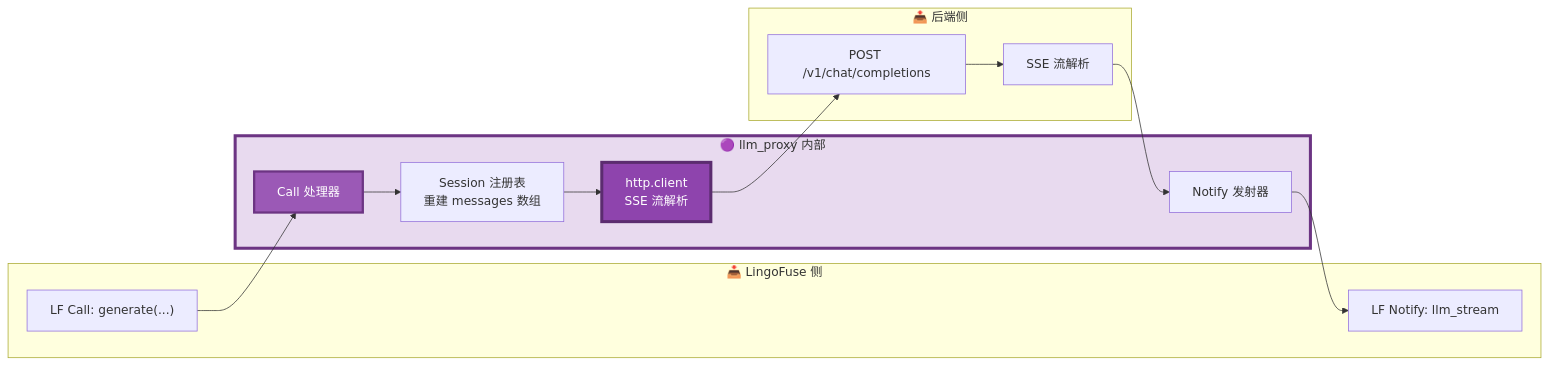
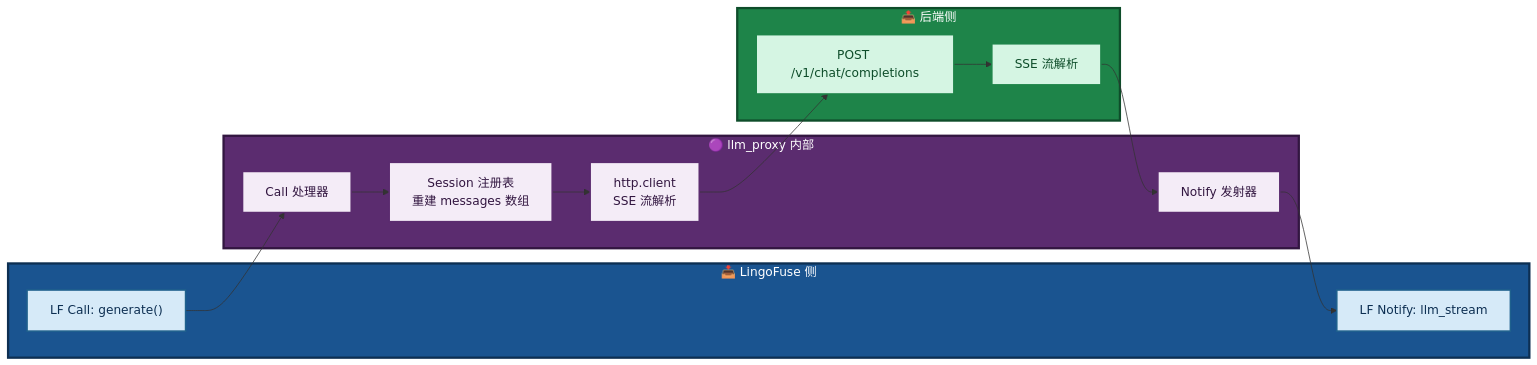
One commit to PassByYou888/LingoFuse-pasAgent changed diagram 11 of 28 in src/llm-service/LingoFuse_LLM_Ecosystem_User_Guide.md. Above: the diagram before and after it, drawn with Mermaid. The commit also changed other lines of this file, not shown here.

````diff
--- a/src/llm-service/LingoFuse_LLM_Ecosystem_User_Guide.md
+++ b/src/llm-service/LingoFuse_LLM_Ecosystem_User_Guide.md
@@ -306,31 +368,39 @@
 ```mermaid
 flowchart LR
     subgraph IN["📥 LingoFuse 侧"]
-        CALL["LF Call: generate(...)"]
+        CALL["LF Call: generate()"]
         NOTIFY["LF Notify: llm_stream"]
     end
 
     subgraph PROXY["🟣 llm_proxy 内部"]
         HANDLER["Call 处理器"]
         SESSION["Session 注册表<br/>重建 messages 数组"]
         BACKEND["http.client<br/>SSE 流解析"]
         EMIT["Notify 发射器"]
     end
 
     subgraph OUT["📤 后端侧"]
         HTTP["POST /v1/chat/completions"]
         SSE["SSE 流解析"]
     end
 
     CALL --> HANDLER
     HANDLER --> SESSION
     SESSION --> BACKEND
     BACKEND --> HTTP
     HTTP --> SSE
     SSE --> EMIT
     EMIT --> NOTIFY
 
-    style PROXY fill:#E8DAEF,stroke:#6C3483,stroke-width:4px
-    style BACKEND fill:#8E44AD,stroke:#5B2C6F,stroke-width:4px,color:#FFFFFF
-    style HANDLER fill:#9B59B6,stroke:#6C3483,stroke-width:3px,color:#FFFFFF
+    style IN fill:#1A5490,stroke:#0D2F52,stroke-width:3px,color:#FFFFFF
+    style PROXY fill:#5B2C6F,stroke:#321640,stroke-width:3px,color:#FFFFFF
+    style OUT fill:#1E8449,stroke:#0E4D2A,stroke-width:3px,color:#FFFFFF
+    style CALL fill:#D6EAF8,stroke:#1F618D,stroke-width:2px,color:#0D2F52
+    style NOTIFY fill:#D6EAF8,stroke:#1F618D,stroke-width:2px,color:#0D2F52
+    style HANDLER fill:#F4ECF7,stroke:#5B2C6F,stroke-width:2px,color:#321640
+    style SESSION fill:#F4ECF7,stroke:#5B2C6F,stroke-width:2px,color:#321640
+    style BACKEND fill:#F4ECF7,stroke:#5B2C6F,stroke-width:2px,color:#321640
+    style EMIT fill:#F4ECF7,stroke:#5B2C6F,stroke-width:2px,color:#321640
+    style HTTP fill:#D5F5E3,stroke:#1E8449,stroke-width:2px,color:#0E4D2A
+    style SSE fill:#D5F5E3,stroke:#1E8449,stroke-width:2px,color:#0E4D2A
 ```
````
